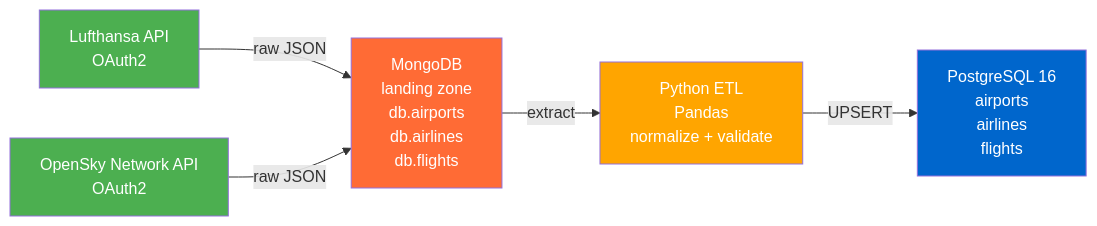
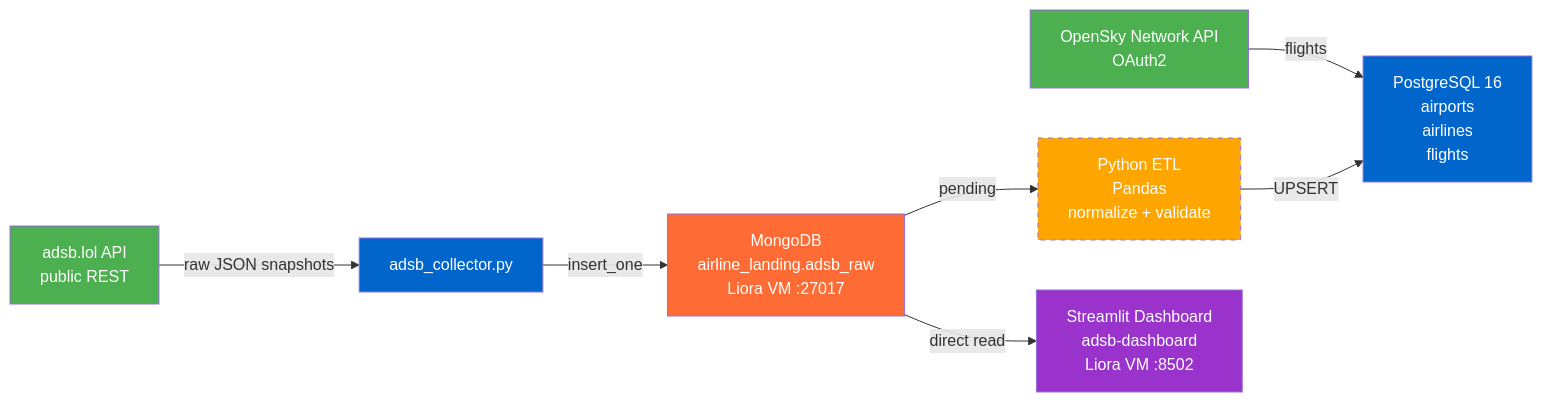
The second of 7 diagrams in 01-requirements/c-architecture/architecture_m.md (MatthiasSails/airline-data-platform), drawn with Mermaid before and after one commit. The commit also changed other lines of this file and 2 other files, not shown here.

Commit message:
Update 01-requirements: reflect Phase 2 progress (MongoDB live, dashboard deployed)

````diff
--- a/01-requirements/c-architecture/architecture_m.md
+++ b/01-requirements/c-architecture/architecture_m.md
@@ -44,18 +44,23 @@
 ```mermaid
 graph LR
-    LH["Lufthansa API<br/>OAuth2"]
+    ADSB["adsb.lol API<br/>public REST"]
     OS["OpenSky Network API<br/>OAuth2"]
 
-    LH -->|raw JSON| MDB["MongoDB<br/>landing zone<br/>db.airports<br/>db.airlines<br/>db.flights"]
-    OS -->|raw JSON| MDB
+    ADSB -->|raw JSON snapshots| COL["adsb_collector.py"]
+    OS -->|flights| PG
 
-    MDB -->|extract| ETL["Python ETL<br/>Pandas<br/>normalize + validate"]
+    COL -->|insert_one| MDB["MongoDB<br/>airline_landing.adsb_raw<br/>Liora VM :27017"]
 
+    MDB -->|pending| ETL["Python ETL<br/>Pandas<br/>normalize + validate"]
     ETL -->|UPSERT| PG["PostgreSQL 16<br/>airports<br/>airlines<br/>flights"]
 
-    style LH fill:#4CAF50,color:#fff
+    MDB -->|direct read| DASH["Streamlit Dashboard<br/>adsb-dashboard<br/>Liora VM :8502"]
+
+    style ADSB fill:#4CAF50,color:#fff
     style OS fill:#4CAF50,color:#fff
+    style COL fill:#0066CC,color:#fff
     style MDB fill:#FF6B35,color:#fff
-    style ETL fill:#FFA500,color:#fff
+    style ETL fill:#FFA500,color:#fff,stroke-dasharray:5 5
     style PG fill:#0066CC,color:#fff
+    style DASH fill:#9933CC,color:#fff
 ```
````
